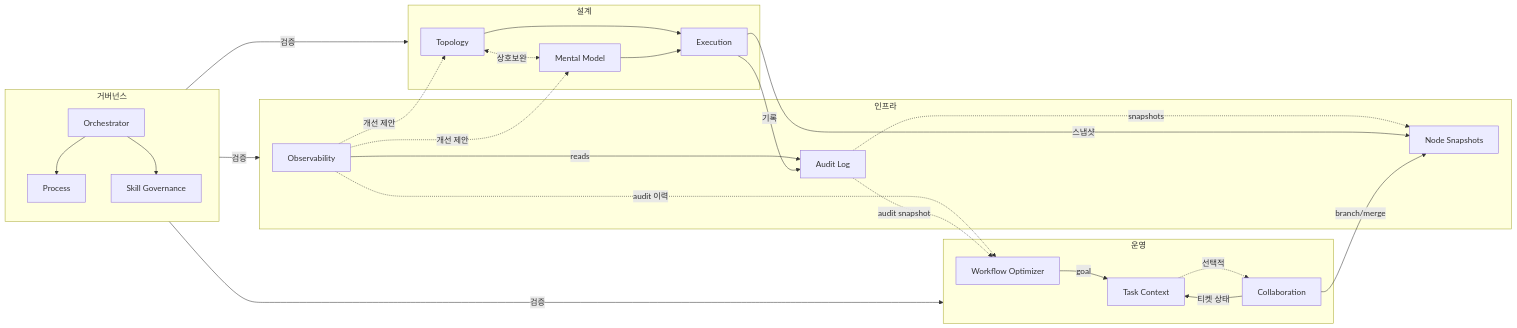
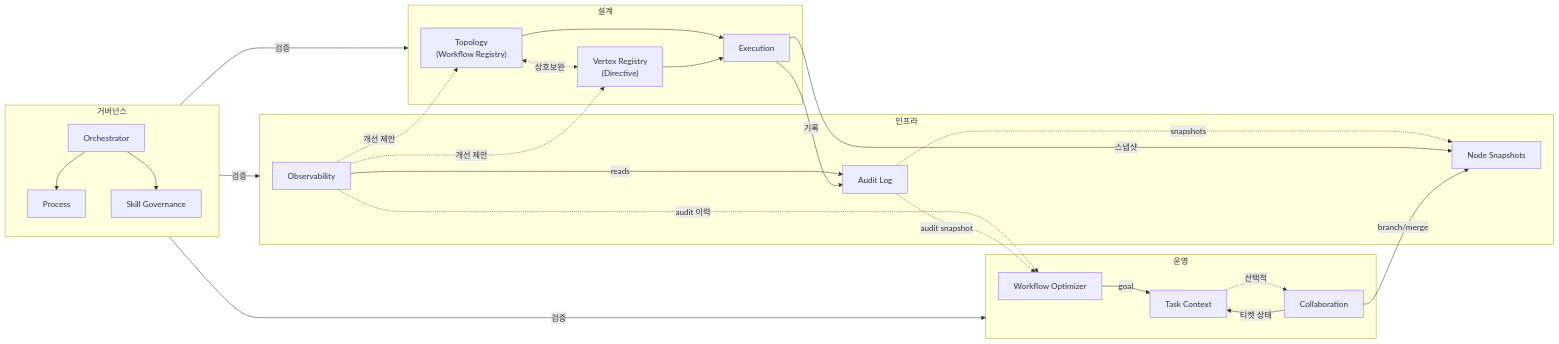
Before and after one commit to WMJOON/multi-swarm-orchestrator: the diagram in README.md, drawn with Mermaid. The commit also changed other lines of this file and 48 other files, not shown here.

First line of the commit message:
feat(v0.0.7): Topology Motif + Graph Search Loader + Vertex Registry + Tier Escalation

````diff
--- a/README.md
+++ b/README.md
@@ -6,30 +6,30 @@
 ```mermaid
 graph LR
     subgraph Design ["설계"]
-        S00["Topology"] <-.->|상호보완| S01["Mental Model"]
+        S00["Topology<br/>(Workflow Registry)"] <-.->|상호보완| S01["Vertex Registry<br/>(Directive)"]
         S00 & S01 --> S02["Execution"]
     end
     subgraph Ops ["운영"]
         S03["Task Context"] -.->|선택적| S04["Collaboration"]
         S10["Workflow Optimizer"] -->|goal| S03
     end
     subgraph Infra ["인프라"]
         S06["Observability"] -->|reads| S05["Audit Log"]
         S05 -.->|snapshots| SNAP["Node Snapshots"]
     end
     subgraph Gov ["거버넌스"]
         S07["Orchestrator"] --> S08["Process"]
         S07 --> S09["Skill Governance"]
     end
     S02 -->|기록| S05
     S02 -->|스냅샷| SNAP
     S06 -.->|개선 제안| S00
     S06 -.->|개선 제안| S01
     S06 -.->|audit 이력| S10
     S05 -.->|audit snapshot| S10
     S04 -->|티켓 상태| S03
     S04 -->|branch/merge| SNAP
     Gov -->|검증| Design
     Gov -->|검증| Ops
     Gov -->|검증| Infra
 ```
````
